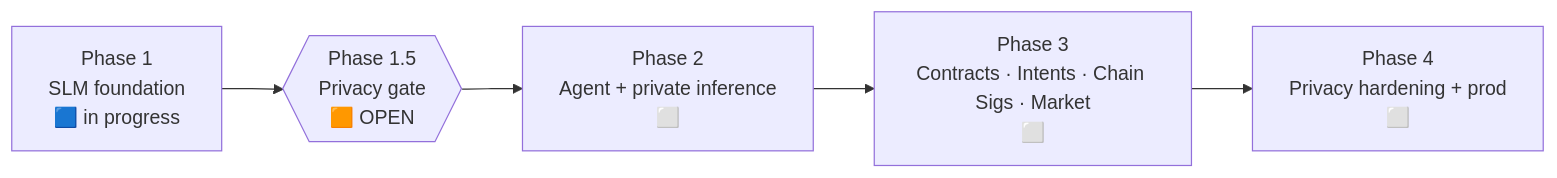
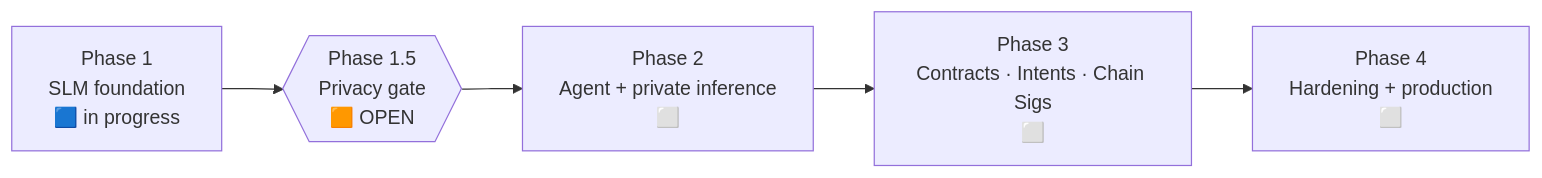
The third of 3 diagrams in README.md (9lordisgod/salomon), drawn with Mermaid before and after one commit. The commit also changed other lines of this file, not shown here.

Commit message:
docs(readme): sharper problem/why-it-matters, request-flow diagram, stack strip

````diff
--- a/README.md
+++ b/README.md
@@ -32,7 +95,7 @@
 ```mermaid
 flowchart LR
-  P1[Phase 1<br/>SLM foundation<br/>🟦 in progress] --> G{{Phase 1.5<br/>Privacy gate<br/>🟧 OPEN}}
-  G --> P2[Phase 2<br/>Agent + private inference<br/>⬜]
-  P2 --> P3[Phase 3<br/>Contracts · Intents · Chain Sigs · Market<br/>⬜]
-  P3 --> P4[Phase 4<br/>Privacy hardening + prod<br/>⬜]
+  P1["Phase 1<br/>SLM foundation<br/>🟦 in progress"] --> G{{"Phase 1.5<br/>Privacy gate<br/>🟧 OPEN"}}
+  G --> P2["Phase 2<br/>Agent + private inference<br/>⬜"]
+  P2 --> P3["Phase 3<br/>Contracts · Intents · Chain Sigs<br/>⬜"]
+  P3 --> P4["Phase 4<br/>Hardening + production<br/>⬜"]
 ```
````
